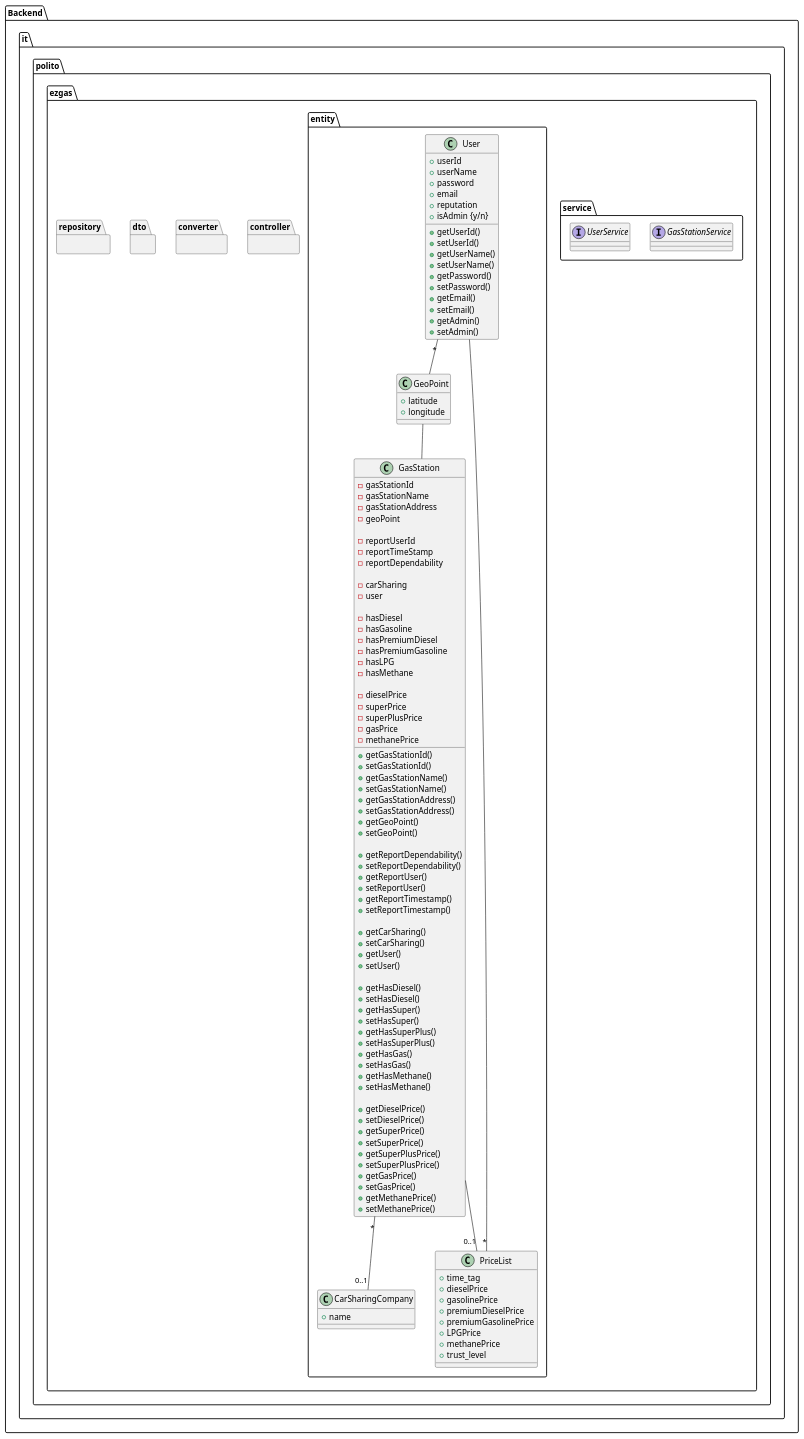
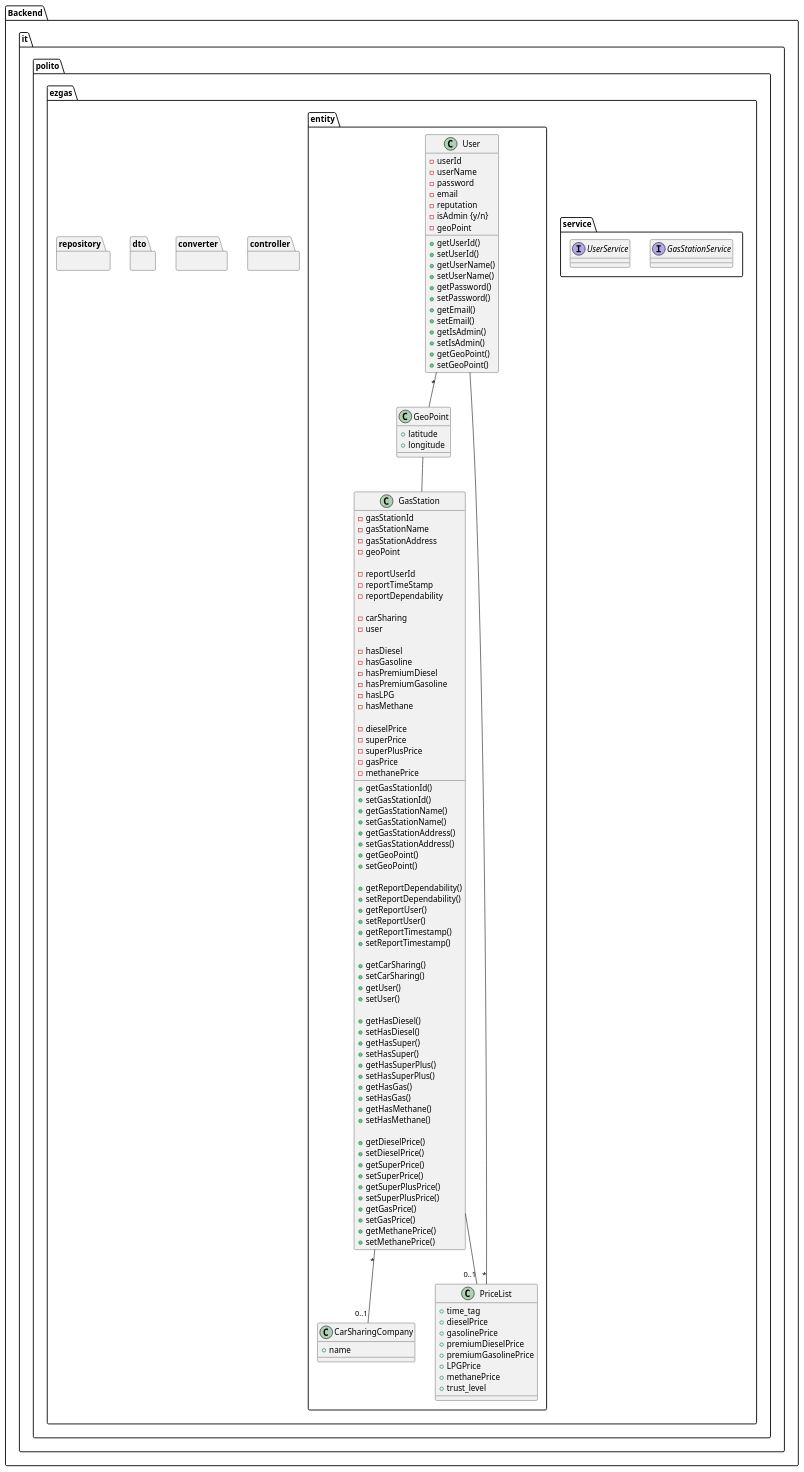
Before and after one commit to e-caste/SoftEng-EZGas: the fourth of 4 diagrams in docs/DesignDocument.md, drawn with PlantUML.

Commit message:
edit User class: add geoPoint atteribute and relative methods, make attributes private

```diff
--- a/docs/DesignDocument.md
+++ b/docs/DesignDocument.md
@@ -244,12 +244,13 @@
     
     package "it.polito.ezgas.entity" {
         class User {
-         + userId
-         + userName
-         + password
-         + email
-         + reputation
-         + isAdmin {y/n}
+         - userId
+         - userName
+         - password
+         - email
+         - reputation
+         - isAdmin {y/n}
+         - geoPoint
             + getUserId()
             + setUserId()
             + getUserName()
@@ -258,8 +259,10 @@
             + setPassword()
             + getEmail()
             + setEmail()
-            + getAdmin()
-            + setAdmin()
+            + getIsAdmin()
+            + setIsAdmin()
+            + getGeoPoint()
+            + setGeoPoint()
         }
         
         class GasStation {
```
